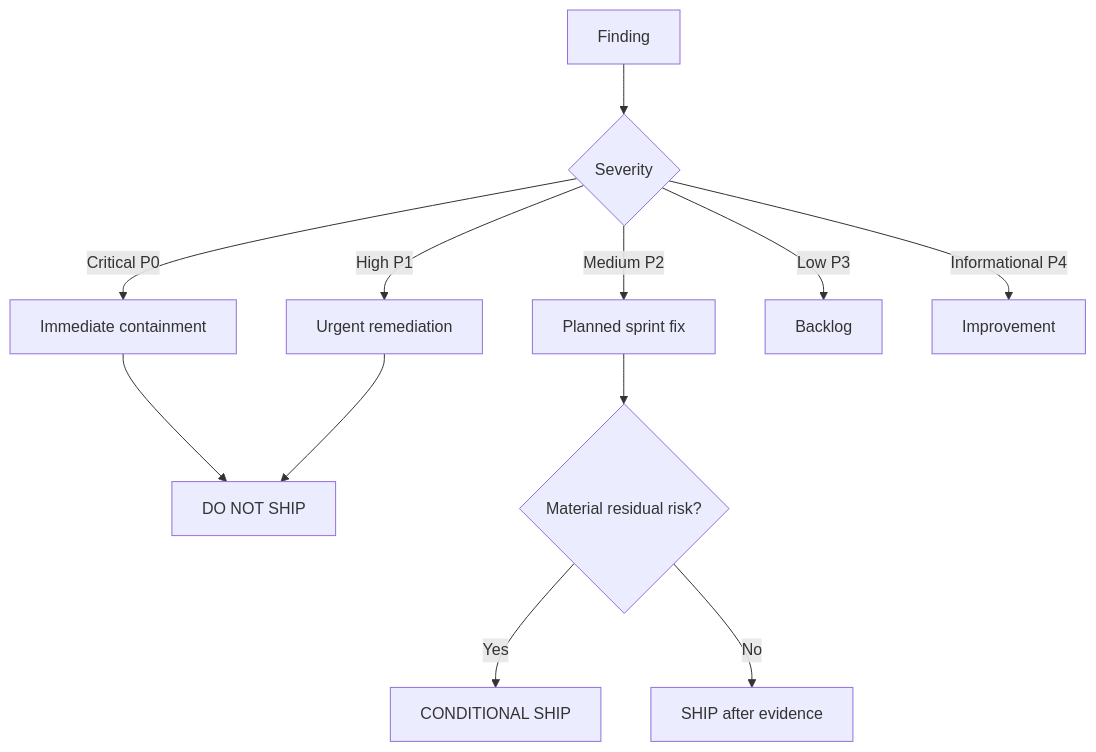
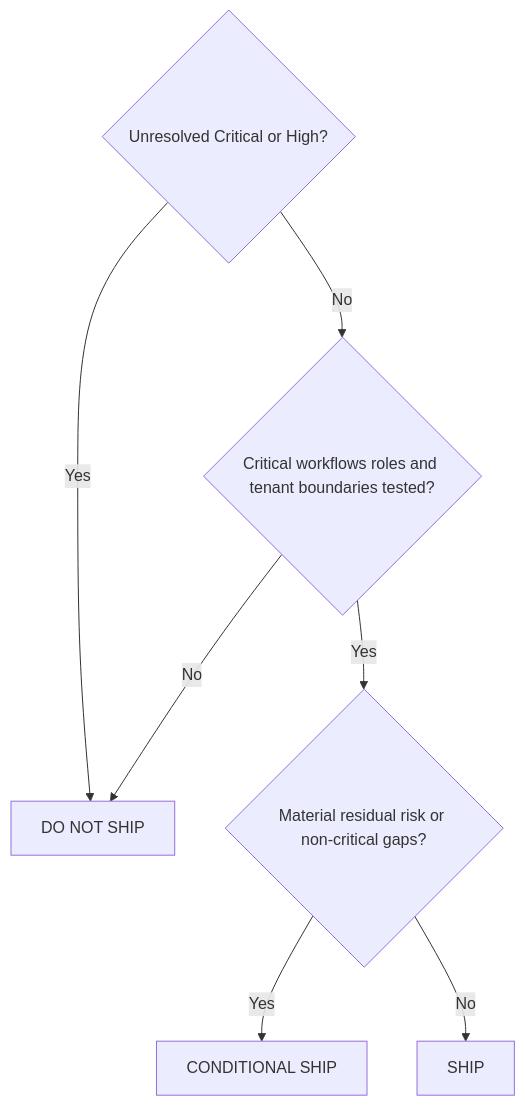
Before and after one commit to srksourabh/saas-audit: the fifth of 5 diagrams in README.md, drawn with Mermaid. The commit also changed other lines of this file, not shown here.

Commit message:
Redesign README with full coverage quality impact recommendations and Mermaid architecture

````diff
--- a/README.md
+++ b/README.md
@@ -166,14 +288,9 @@
 ```mermaid
 flowchart TD
-    A[Finding] --> B{Severity}
-    B -->|Critical P0| C[Immediate containment]
-    B -->|High P1| D[Urgent remediation]
-    B -->|Medium P2| E[Planned sprint fix]
-    B -->|Low P3| F[Backlog]
-    B -->|Informational P4| G[Improvement]
-    C --> H[DO NOT SHIP]
-    D --> H
-    E --> I{Material residual risk?}
-    I -->|Yes| J[CONDITIONAL SHIP]
-    I -->|No| K[SHIP after evidence]
+    A{Unresolved Critical or High?} -->|Yes| D[DO NOT SHIP]
+    A -->|No| B{Critical workflows roles and tenant boundaries tested?}
+    B -->|No| D
+    B -->|Yes| C{Material residual risk or non-critical gaps?}
+    C -->|Yes| CS[CONDITIONAL SHIP]
+    C -->|No| S[SHIP]
 ```
````
